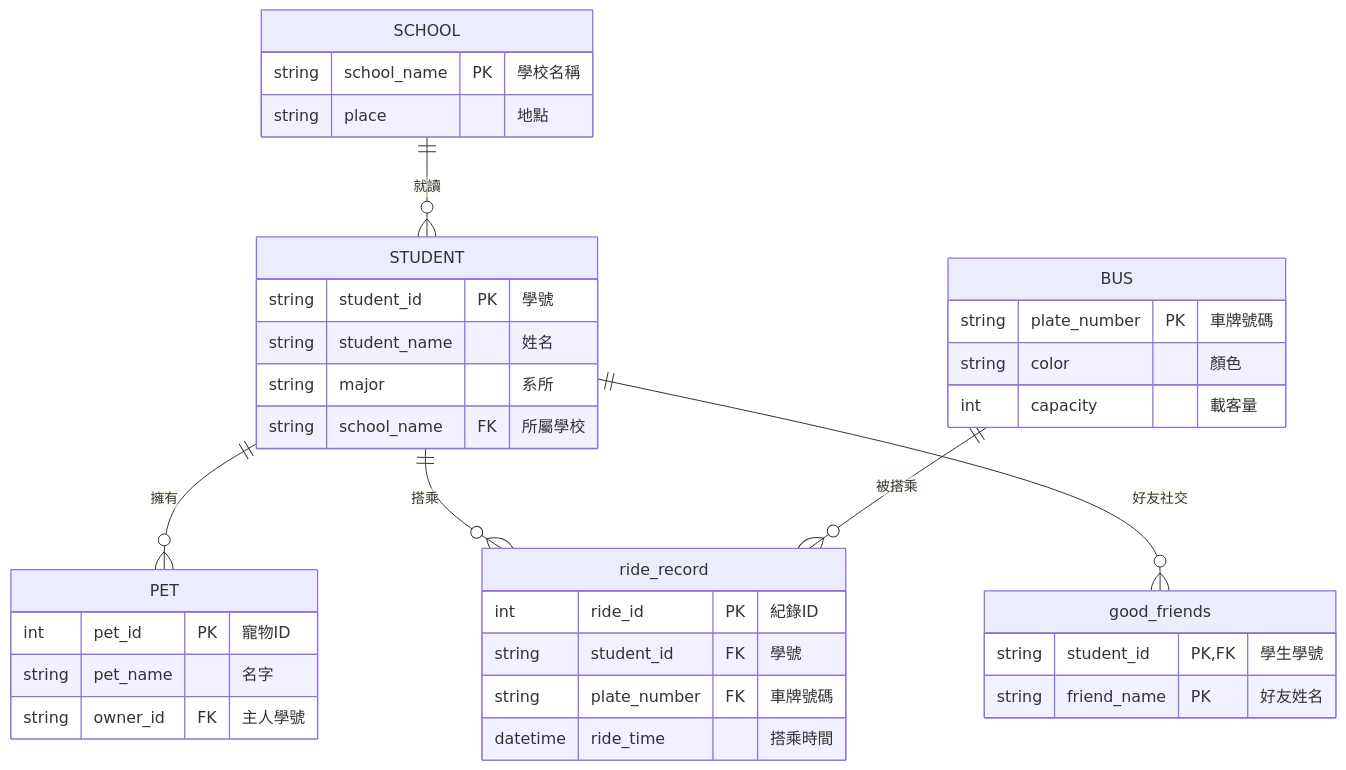
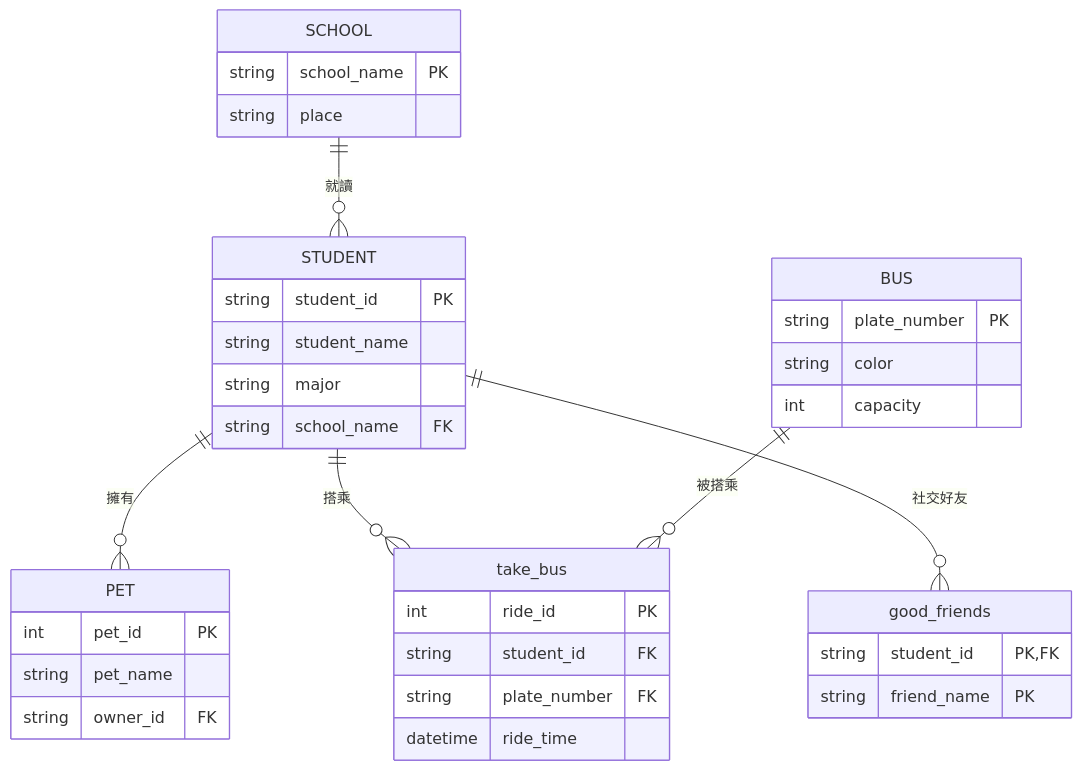
One commit to Liao941202/Liao.github.io changed the diagram in README.md. Above: the diagram before and after it, drawn with Mermaid. The commit also changed other lines of this file, not shown here.

````diff
--- a/README.md
+++ b/README.md
@@ -9,44 +13,39 @@
 ```mermaid
 erDiagram
     SCHOOL ||--o{ STUDENT : "就讀"
     STUDENT ||--o{ PET : "擁有"
-    STUDENT ||--o{ ride_record : "搭乘"
-    BUS ||--o{ ride_record : "被搭乘"
-    STUDENT ||--o{ good_friends : "好友社交"
+    STUDENT ||--o{ take_bus : "搭乘"
+    BUS ||--o{ take_bus : "被搭乘"
+    STUDENT ||--o{ good_friends : "社交好友"
 
     SCHOOL {
-        string school_name PK "學校名稱"
-        string place "地點"
+        string school_name PK
+        string place
     }
-
     STUDENT {
-        string student_id PK "學號"
-        string student_name "姓名"
-        string major "系所"
-        string school_name FK "所屬學校"
+        string student_id PK
+        string student_name
+        string major
+        string school_name FK
     }
-
     BUS {
-        string plate_number PK "車牌號碼"
-        string color "顏色"
-        int capacity "載客量"
+        string plate_number PK
+        string color
+        int capacity
     }
-
-    ride_record {
-        int ride_id PK "紀錄ID"
-        string student_id FK "學號"
-        string plate_number FK "車牌號碼"
-        datetime ride_time "搭乘時間"
+    take_bus {
+        int ride_id PK
+        string student_id FK
+        string plate_number FK
+        datetime ride_time
     }
-
     PET {
-        int pet_id PK "寵物ID"
-        string pet_name "名字"
-        string owner_id FK "主人學號"
+        int pet_id PK
+        string pet_name
+        string owner_id FK
     }
-
     good_friends {
-        string student_id PK,FK "學生學號"
-        string friend_name PK "好友姓名"
+        string student_id PK,FK
+        string friend_name PK
     }
 ```
````
